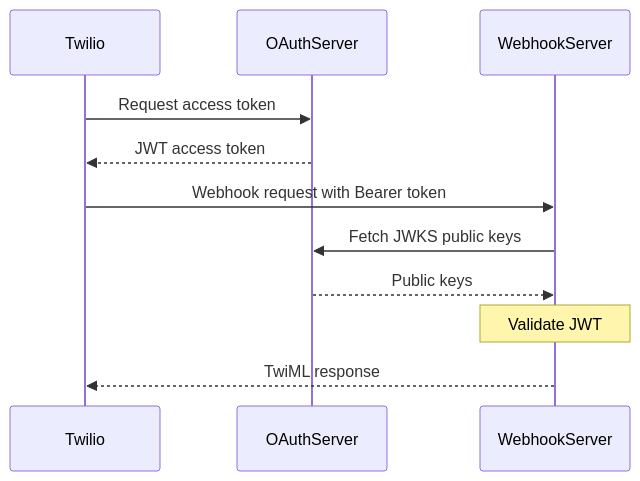
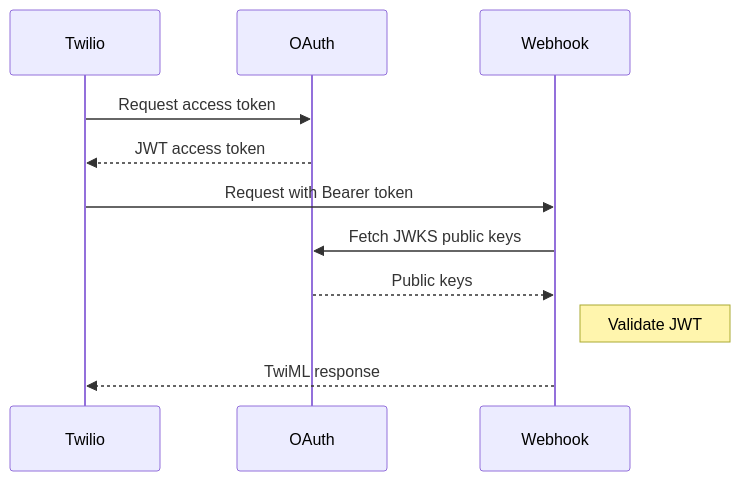
Before and after one commit to chaosloth/twilio-oauth-webhooks: the first of 2 diagrams in blog/twilio-oauth-webhooks.md, drawn with Mermaid. The commit also changed other lines of this file and 15 other files, not shown here.

````diff
--- a/blog/twilio-oauth-webhooks.md
+++ b/blog/twilio-oauth-webhooks.md
@@ -25,13 +25,13 @@
 ```mermaid
 sequenceDiagram
     participant Twilio
-    participant OAuthServer
-    participant WebhookServer
-    Twilio->>OAuthServer: Request access token
-    OAuthServer-->>Twilio: JWT access token
-    Twilio->>WebhookServer: Webhook request with Bearer token
-    WebhookServer->>OAuthServer: Fetch JWKS public keys
-    OAuthServer-->>WebhookServer: Public keys
-    Note over WebhookServer: Validate JWT
-    WebhookServer-->>Twilio: TwiML response
+    participant OAuth
+    participant Webhook
+    Twilio->>OAuth: Request access token
+    OAuth-->>Twilio: JWT access token
+    Twilio->>Webhook: Request with Bearer token
+    Webhook->>OAuth: Fetch JWKS public keys
+    OAuth-->>Webhook: Public keys
+    Note right of Webhook: Validate JWT
+    Webhook-->>Twilio: TwiML response
 ```
````
